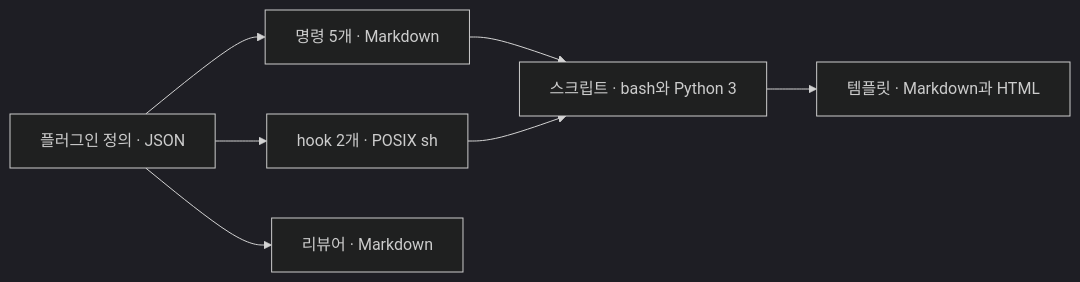
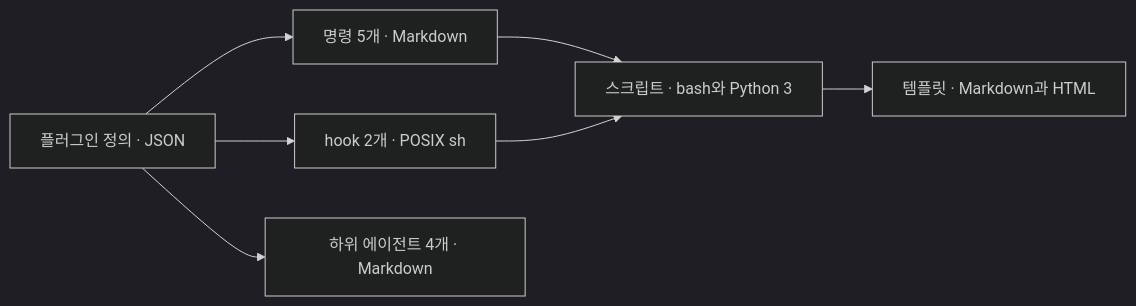
Before and after one commit to dincal/agent_logbook: the first of 2 diagrams in docs/system/stack.md, drawn with Mermaid (dark theme). The commit also changed other lines of this file and 17 other files, not shown here.

````diff
--- a/docs/system/stack.md
+++ b/docs/system/stack.md
@@ -8,9 +8,9 @@
 ```mermaid
 flowchart LR
   M["플러그인 정의 · JSON"] --> S["명령 5개 · Markdown"]
   M --> H["hook 2개 · POSIX sh"]
-  M --> V["리뷰어 · Markdown"]
+  M --> V["하위 에이전트 4개 · Markdown"]
   S --> P["스크립트 · bash와 Python 3"]
   H --> P
   P --> T["템플릿 · Markdown과 HTML"]
 ```
````
